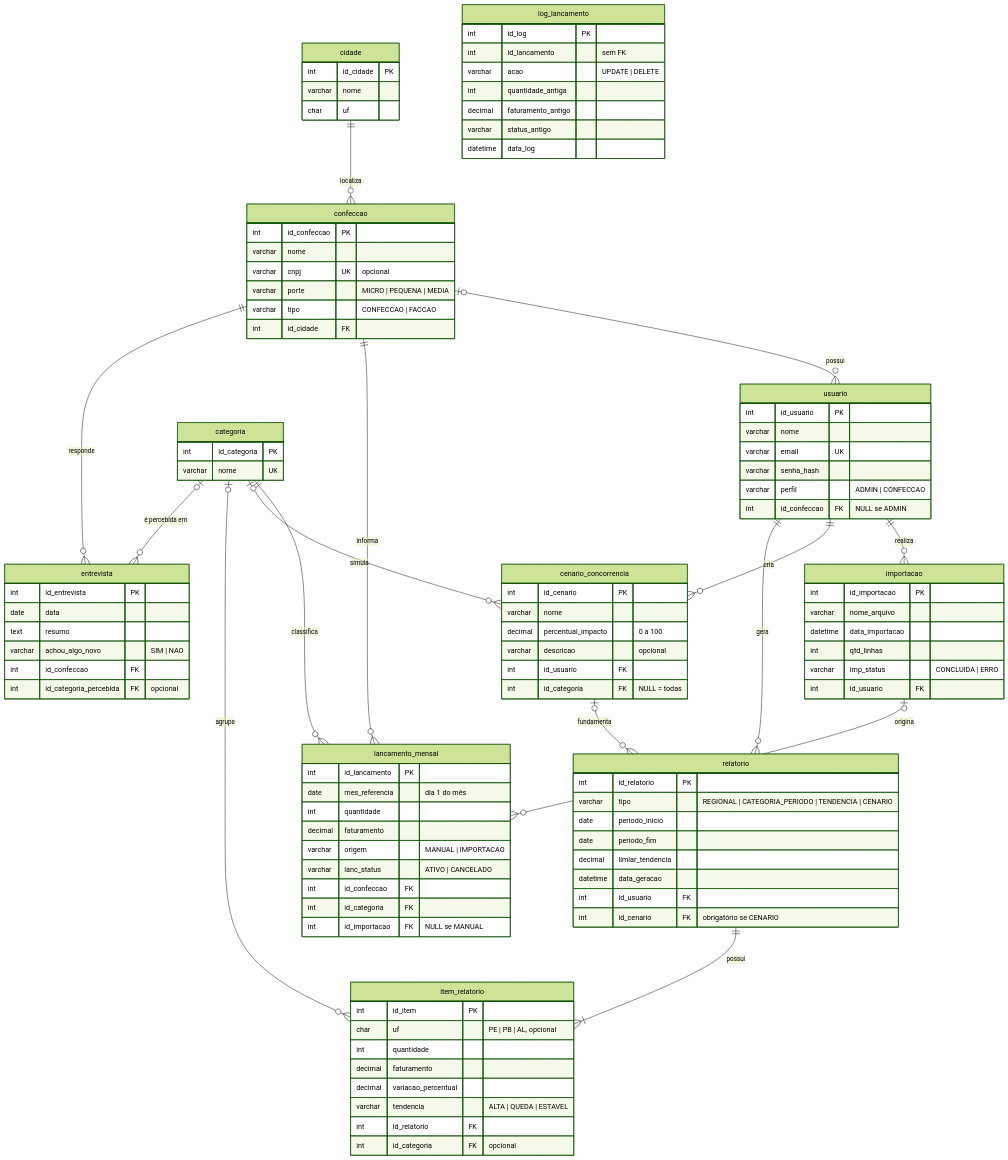
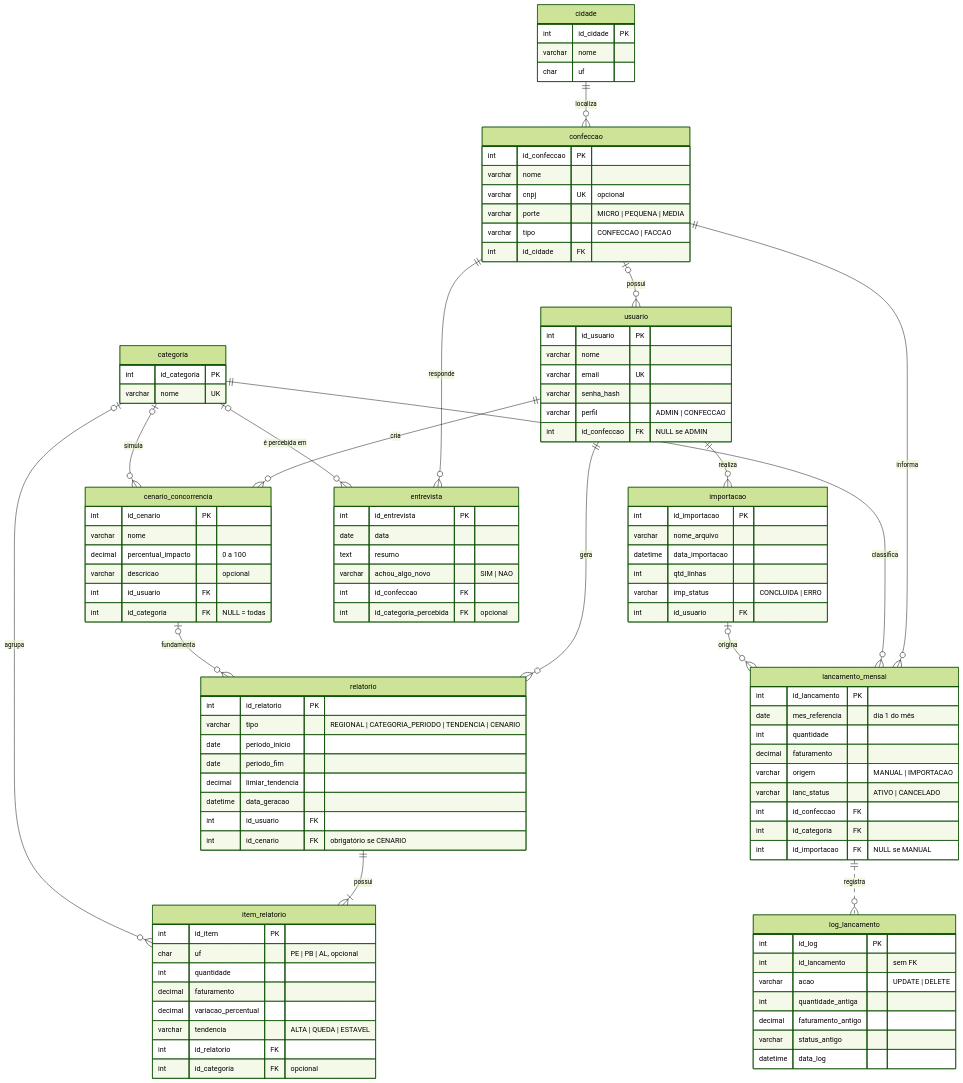
The second of 2 diagrams in README.md (AstralCommits/Banco-de-Dados), drawn with Mermaid (forest theme) before and after one commit. The commit also changed other lines of this file, not shown here.

```diff
--- a/README.md
+++ b/README.md
@@ -57,6 +59,7 @@
     categoria            |o--o{ item_relatorio       : agrupa
     confeccao            ||--o{ entrevista           : responde
     categoria            |o--o{ entrevista           : "é percebida em"
+    lancamento_mensal    ||..o{ log_lancamento       : registra
 
     cidade {
         int     id_cidade PK
```
